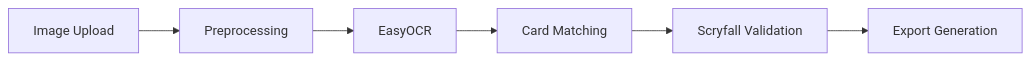
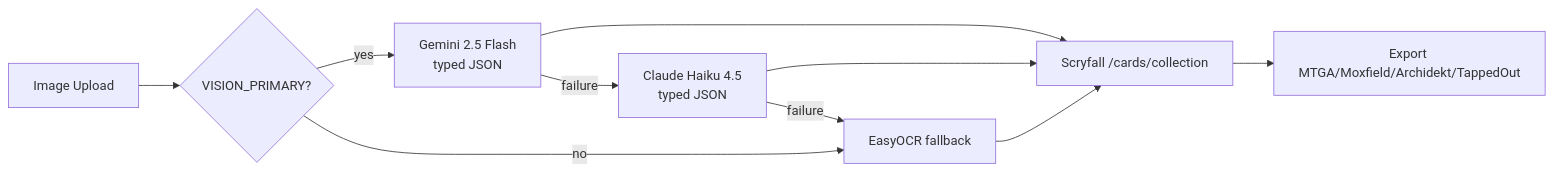
One commit to gbordes77/Screen2Deck changed the diagram in docs/index.md. Above: the diagram before and after it, drawn with Mermaid. The commit also changed other lines of this file and 25 other files, not shown here.

````diff
--- a/docs/index.md
+++ b/docs/index.md
@@ -36,8 +38,12 @@
 ```mermaid
 graph LR
-    A[Image Upload] --> B[Preprocessing]
-    B --> C[EasyOCR]
-    C --> D[Card Matching]
-    D --> E[Scryfall Validation]
-    E --> F[Export Generation]
+    A[Image Upload] --> B{VISION_PRIMARY?}
+    B -->|yes| C[Gemini 2.5 Flash<br/>typed JSON]
+    C -->|failure| D[Claude Haiku 4.5<br/>typed JSON]
+    D -->|failure| E[EasyOCR fallback]
+    B -->|no| E
+    C --> F[Scryfall /cards/collection]
+    D --> F
+    E --> F
+    F --> G[Export MTGA/Moxfield/Archidekt/TappedOut]
 ```
````
